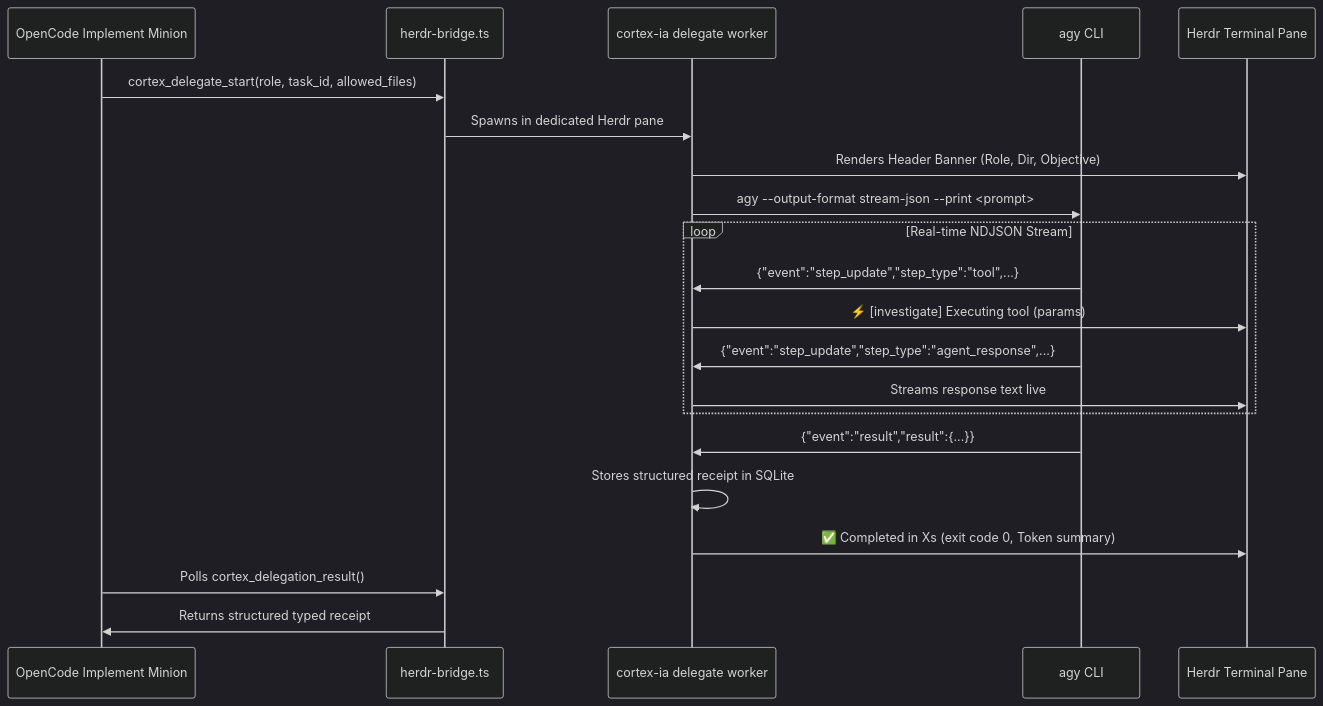
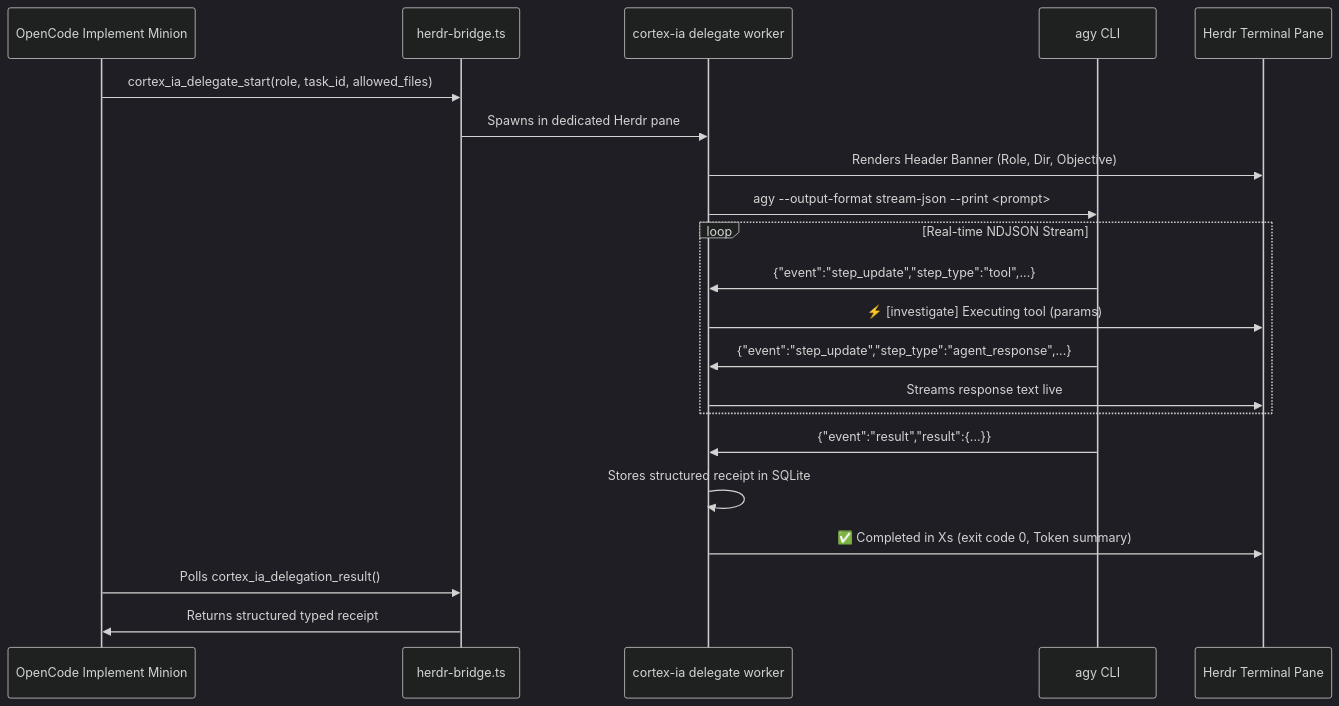
The diagram in docs/architecture.md (lleontor705/cortex-ia), drawn with Mermaid (dark theme) before and after one commit. The commit also changed 31 other files, not shown here.

Commit message:
refactor: rename core cortex commands to include ia prefix and implement formal review tracking in delegation system

````diff
--- a/docs/architecture.md
+++ b/docs/architecture.md
@@ -93,26 +93,26 @@
 ```mermaid
 sequenceDiagram
     participant OpenCode as OpenCode Implement Minion
     participant Bridge as herdr-bridge.ts
     participant CLI as cortex-ia delegate worker
     participant Engine as agy CLI
     participant Pane as Herdr Terminal Pane
 
-    OpenCode->>Bridge: cortex_delegate_start(role, task_id, allowed_files)
+    OpenCode->>Bridge: cortex_ia_delegate_start(role, task_id, allowed_files)
     Bridge->>CLI: Spawns in dedicated Herdr pane
     CLI->>Pane: Renders Header Banner (Role, Dir, Objective)
     CLI->>Engine: agy --output-format stream-json --print <prompt>
     
     loop Real-time NDJSON Stream
         Engine->>CLI: {"event":"step_update","step_type":"tool",...}
         CLI->>Pane: ⚡ [investigate] Executing tool (params)
         Engine->>CLI: {"event":"step_update","step_type":"agent_response",...}
         CLI->>Pane: Streams response text live
     end
 
     Engine->>CLI: {"event":"result","result":{...}}
     CLI->>CLI: Stores structured receipt in SQLite
     CLI->>Pane: ✅ Completed in Xs (exit code 0, Token summary)
-    OpenCode->>Bridge: Polls cortex_delegation_result()
+    OpenCode->>Bridge: Polls cortex_ia_delegation_result()
     Bridge->>OpenCode: Returns structured typed receipt
 ```
````
